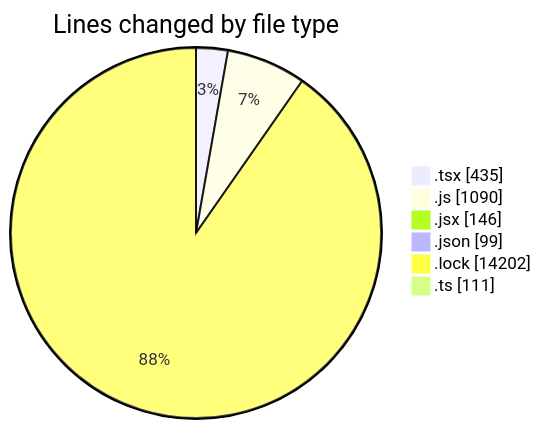
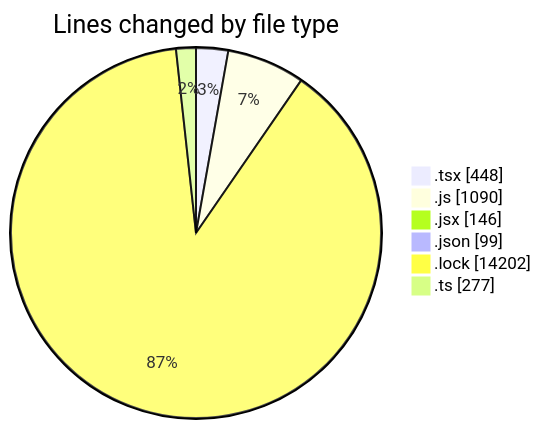
One commit to momahboobian/code-tracking changed the first of 2 diagrams in 2025-05-08/cda/README.md. Above: the diagram before and after it, drawn with Mermaid. The commit also changed other lines of this file and 1 other file, not shown here.

````diff
--- a/2025-05-08/cda/README.md
+++ b/2025-05-08/cda/README.md
@@ -33,10 +35,10 @@
 ```mermaid
 pie showData
 title Lines changed by file type
-".tsx" : 435
+".tsx" : 448
 ".js" : 1090
 ".jsx" : 146
 ".json" : 99
 ".lock" : 14202
-".ts" : 111
+".ts" : 277
 ```
````
